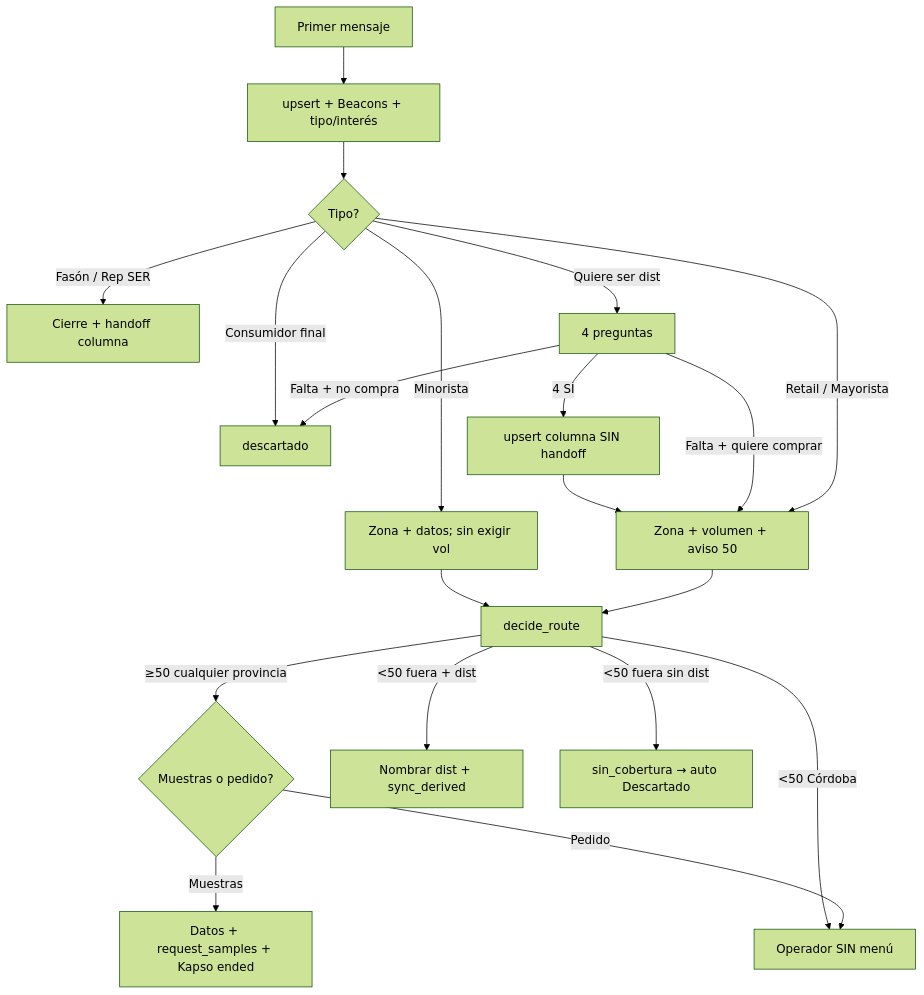
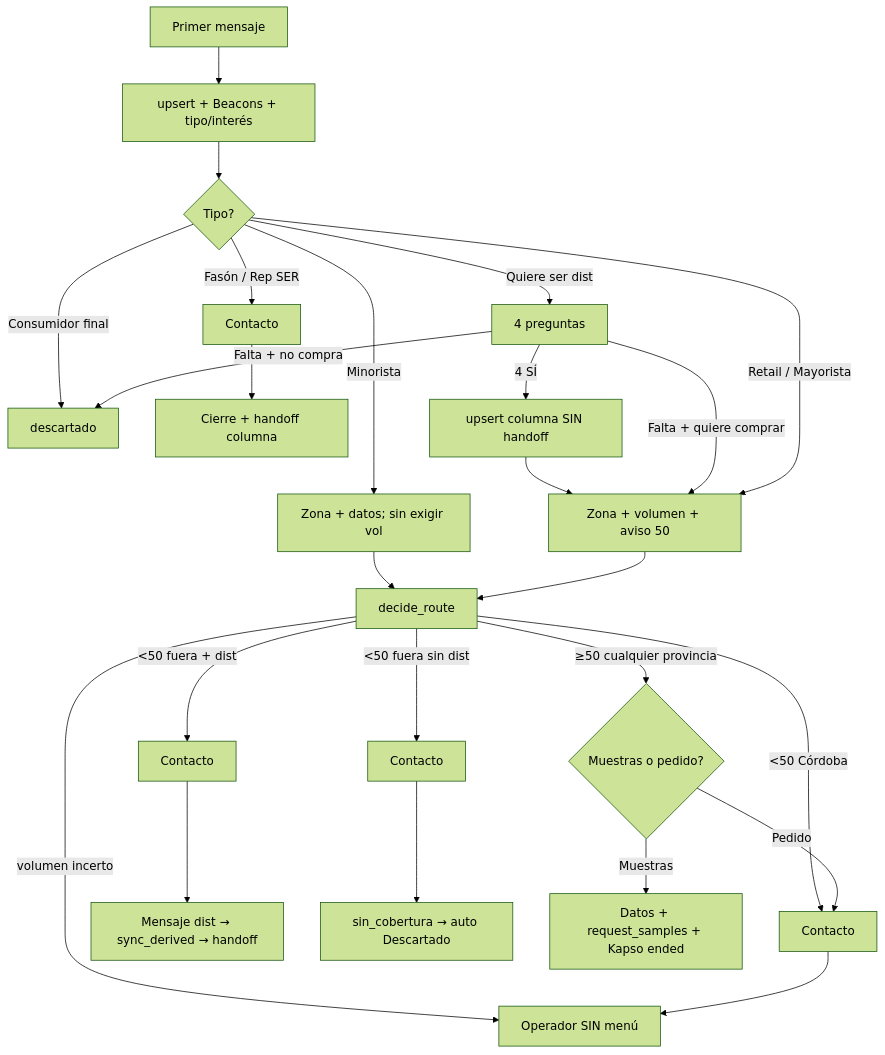
Before and after one commit to fecotechSolutions/tool-coolmeals: the diagram in docs/planilla-flujo-ia-anexo-prompt.md, drawn with Mermaid (forest theme). The commit also changed other lines of this file and 8 other files, not shown here.

````diff
--- a/docs/planilla-flujo-ia-anexo-prompt.md
+++ b/docs/planilla-flujo-ia-anexo-prompt.md
@@ -48,21 +55,22 @@
 ```mermaid
 flowchart TD
   A[Primer mensaje] --> B[upsert + Beacons + tipo/interés]
   B --> C{Tipo?}
   C -->|Consumidor final| Z[descartado]
-  C -->|Fasón / Rep SER| H[Cierre + handoff columna]
+  C -->|Fasón / Rep SER| CT[Contacto] --> H[Cierre + handoff columna]
   C -->|Quiere ser dist| Q[4 preguntas]
   Q -->|4 SÍ| QD[upsert columna SIN handoff] --> E
   Q -->|Falta + no compra| Z
   Q -->|Falta + quiere comprar| E
   C -->|Minorista| D[Zona + datos; sin exigir vol]
   C -->|Retail / Mayorista| E[Zona + volumen + aviso 50]
   D --> R[decide_route]
   E --> R
+  R -->|volumen incerto| H2[Operador SIN menú]
   R -->|≥50 cualquier provincia| M{Muestras o pedido?}
-  R -->|<50 Córdoba| H2[Operador SIN menú]
-  R -->|<50 fuera + dist| Dist[Nombrar dist + sync_derived]
-  R -->|<50 fuera sin dist| SC[sin_cobertura → auto Descartado]
+  R -->|<50 Córdoba| CT2[Contacto] --> H2
+  R -->|<50 fuera + dist| CT3[Contacto] --> Dist[Mensaje dist → sync_derived → handoff]
+  R -->|<50 fuera sin dist| CT4[Contacto] --> SC[sin_cobertura → auto Descartado]
   M -->|Muestras| MS[Datos + request_samples + Kapso ended]
-  M -->|Pedido| H2
+  M -->|Pedido| CT2
 ```
````
